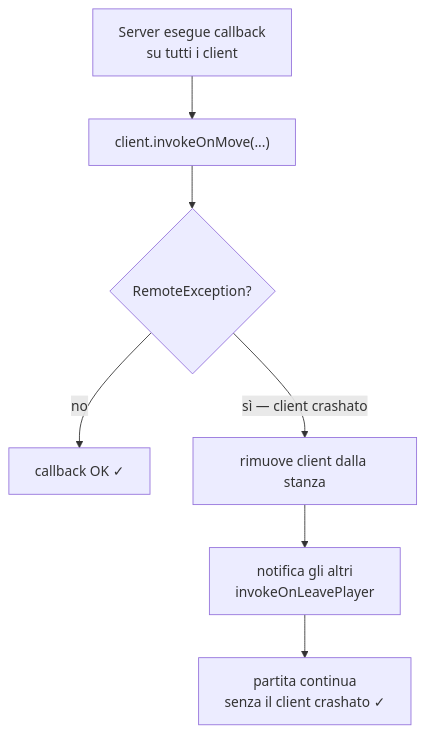
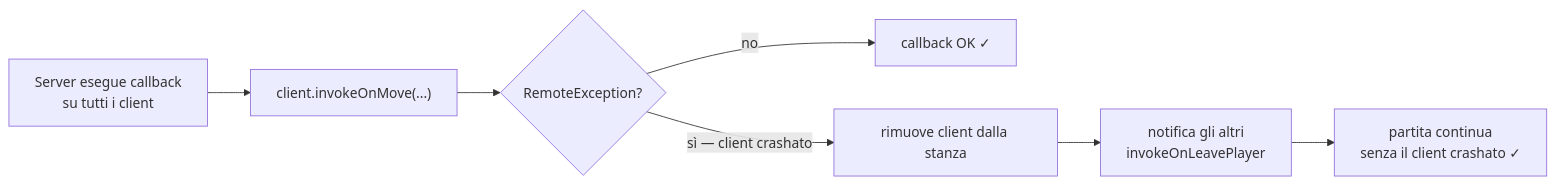
The eighth of 9 diagrams in sudoku-rmi/doc/report.md (JBmanu/PCD-03), drawn with Mermaid before and after one commit. The commit also changed other lines of this file and 2 other files, not shown here.

````diff
--- a/sudoku-rmi/doc/report.md
+++ b/sudoku-rmi/doc/report.md
@@ -196,9 +244,14 @@
 ```mermaid
-flowchart TD
-    A["Server esegue callback\nsu tutti i client"] --> B["client.invokeOnMove(...)"]
-    B --> C{"RemoteException?"}
-    C -->|" no "| D["callback OK ✓"]
-    C -->|" sì — client crashato "| E["rimuove client dalla stanza"]
-    E --> F["notifica gli altri\ninvokeOnLeavePlayer"]
-    F --> G["partita continua\nsenza il client crashato ✓"]
+---
+config:
+  theme: default
+  layout: dagre
+---
+flowchart LR
+  A["Server esegue callback<br/>su tutti i client"] --> B["client.invokeOnMove(...)"]
+  B --> C{"RemoteException?"}
+  C -->|" no "| D["callback OK ✓"]
+  C -->|" sì — client crashato "| E["rimuove client dalla stanza"]
+  E --> F["notifica gli altri<br/>invokeOnLeavePlayer"]
+  F --> G["partita continua<br/>senza il client crashato ✓"]
 ```
````
